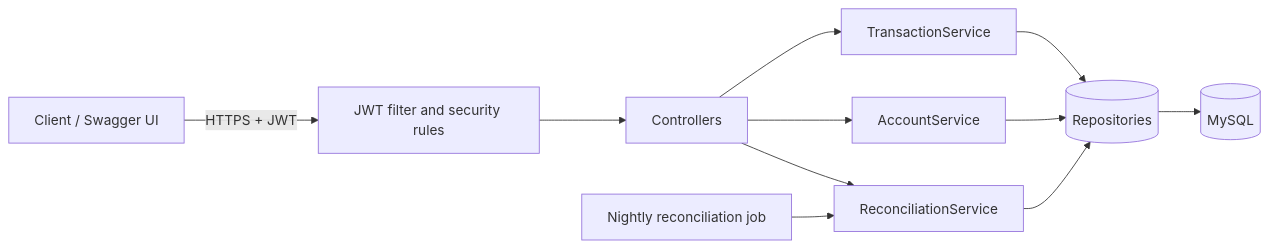
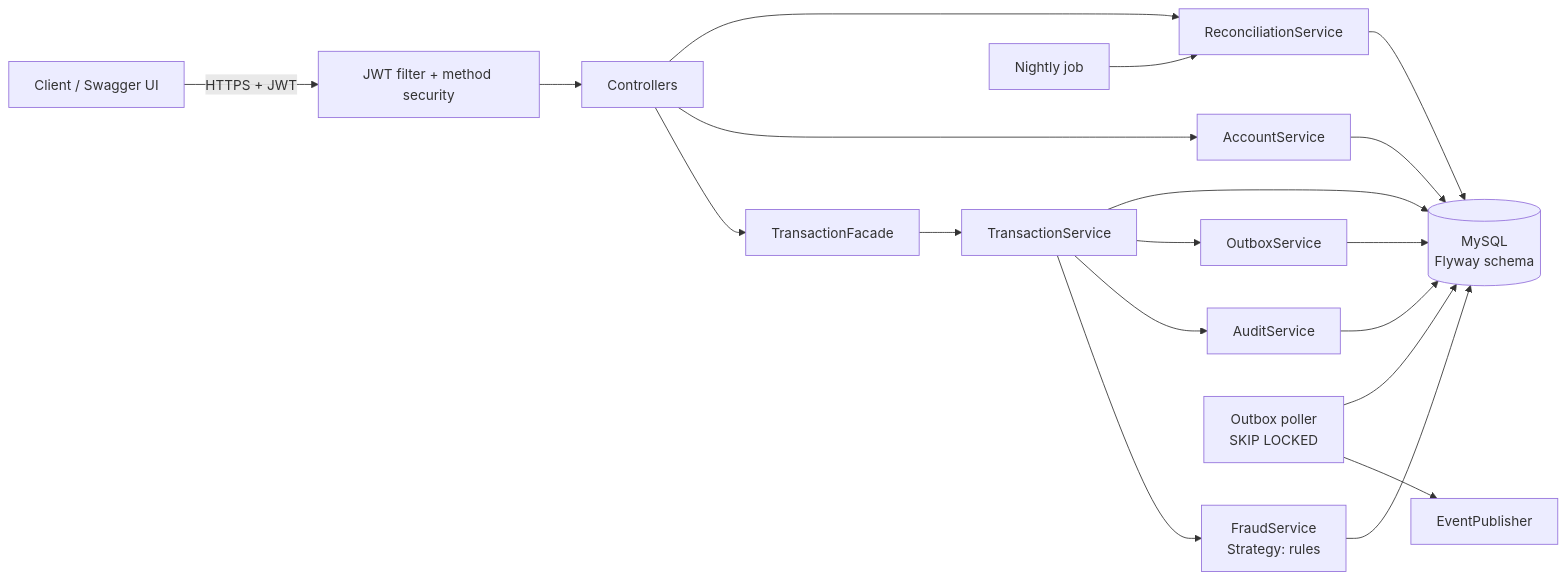
The second of 3 diagrams in README.md (AnanyaSingh0111/payledger), drawn with Mermaid before and after one commit. The commit also changed other lines of this file and 108 other files, not shown here.

Commit message:
feat: Flyway schema, outbox, audit log, fraud rules, admin tools, locking benchmark

````diff
--- a/README.md
+++ b/README.md
@@ -75,13 +81,16 @@
 ```mermaid
 flowchart LR
-    C[Client / Swagger UI] -->|HTTPS + JWT| F[JWT filter and security rules]
-    F --> CT[Controllers]
-    CT --> TS[TransactionService]
+    C[Client / Swagger UI] -->|HTTPS + JWT| SEC[JWT filter + method security]
+    SEC --> CT[Controllers]
+    CT --> TF[TransactionFacade]
+    TF --> TS[TransactionService]
+    TS --> FR[FraudService<br/>Strategy: rules]
+    TS --> AU[AuditService]
+    TS --> OB[OutboxService]
     CT --> AS[AccountService]
     CT --> RS[ReconciliationService]
-    J[Nightly reconciliation job] --> RS
-    TS --> R[(Repositories)]
-    AS --> R
-    RS --> R
-    R --> DB[(MySQL)]
+    J1[Nightly job] --> RS
+    J2[Outbox poller<br/>SKIP LOCKED] --> PUB[EventPublisher]
+    TS & AS & RS & FR & AU & OB --> DB[(MySQL<br/>Flyway schema)]
+    J2 --> DB
 ```
````
